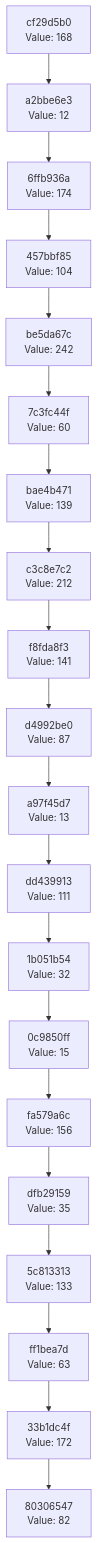
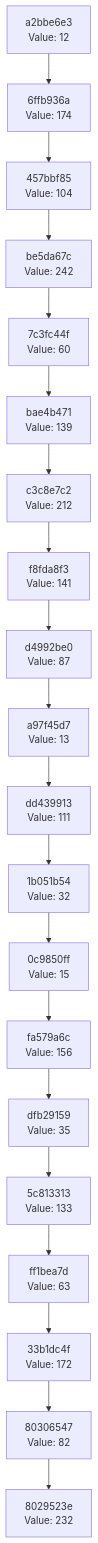
The diagram in docs/CHAIN_VISUALIZATION.md (Abhisheksinha1506/hash-chain-evolver), drawn with Mermaid before and after one commit. The commit also changed 2 other files, not shown here.

Commit message:
Evolution Step

````diff
--- a/docs/CHAIN_VISUALIZATION.md
+++ b/docs/CHAIN_VISUALIZATION.md
@@ -3,42 +3,42 @@
 ```mermaid
 graph TD
-    C0["80306547<br/>Value: 82"]
-    C1["33b1dc4f<br/>Value: 172"]
+    C0["8029523e<br/>Value: 232"]
+    C1["80306547<br/>Value: 82"]
     C1 --> C0
-    C2["ff1bea7d<br/>Value: 63"]
+    C2["33b1dc4f<br/>Value: 172"]
     C2 --> C1
-    C3["5c813313<br/>Value: 133"]
+    C3["ff1bea7d<br/>Value: 63"]
     C3 --> C2
-    C4["dfb29159<br/>Value: 35"]
+    C4["5c813313<br/>Value: 133"]
     C4 --> C3
-    C5["fa579a6c<br/>Value: 156"]
+    C5["dfb29159<br/>Value: 35"]
     C5 --> C4
-    C6["0c9850ff<br/>Value: 15"]
+    C6["fa579a6c<br/>Value: 156"]
     C6 --> C5
-    C7["1b051b54<br/>Value: 32"]
+    C7["0c9850ff<br/>Value: 15"]
     C7 --> C6
-    C8["dd439913<br/>Value: 111"]
+    C8["1b051b54<br/>Value: 32"]
     C8 --> C7
-    C9["a97f45d7<br/>Value: 13"]
+    C9["dd439913<br/>Value: 111"]
     C9 --> C8
-    C10["d4992be0<br/>Value: 87"]
+    C10["a97f45d7<br/>Value: 13"]
     C10 --> C9
-    C11["f8fda8f3<br/>Value: 141"]
+    C11["d4992be0<br/>Value: 87"]
     C11 --> C10
-    C12["c3c8e7c2<br/>Value: 212"]
+    C12["f8fda8f3<br/>Value: 141"]
     C12 --> C11
-    C13["bae4b471<br/>Value: 139"]
+    C13["c3c8e7c2<br/>Value: 212"]
     C13 --> C12
-    C14["7c3fc44f<br/>Value: 60"]
+    C14["bae4b471<br/>Value: 139"]
     C14 --> C13
-    C15["be5da67c<br/>Value: 242"]
+    C15["7c3fc44f<br/>Value: 60"]
     C15 --> C14
-    C16["457bbf85<br/>Value: 104"]
+    C16["be5da67c<br/>Value: 242"]
     C16 --> C15
-    C17["6ffb936a<br/>Value: 174"]
+    C17["457bbf85<br/>Value: 104"]
     C17 --> C16
-    C18["a2bbe6e3<br/>Value: 12"]
+    C18["6ffb936a<br/>Value: 174"]
     C18 --> C17
-    C19["cf29d5b0<br/>Value: 168"]
+    C19["a2bbe6e3<br/>Value: 12"]
     C19 --> C18
 ```
````
